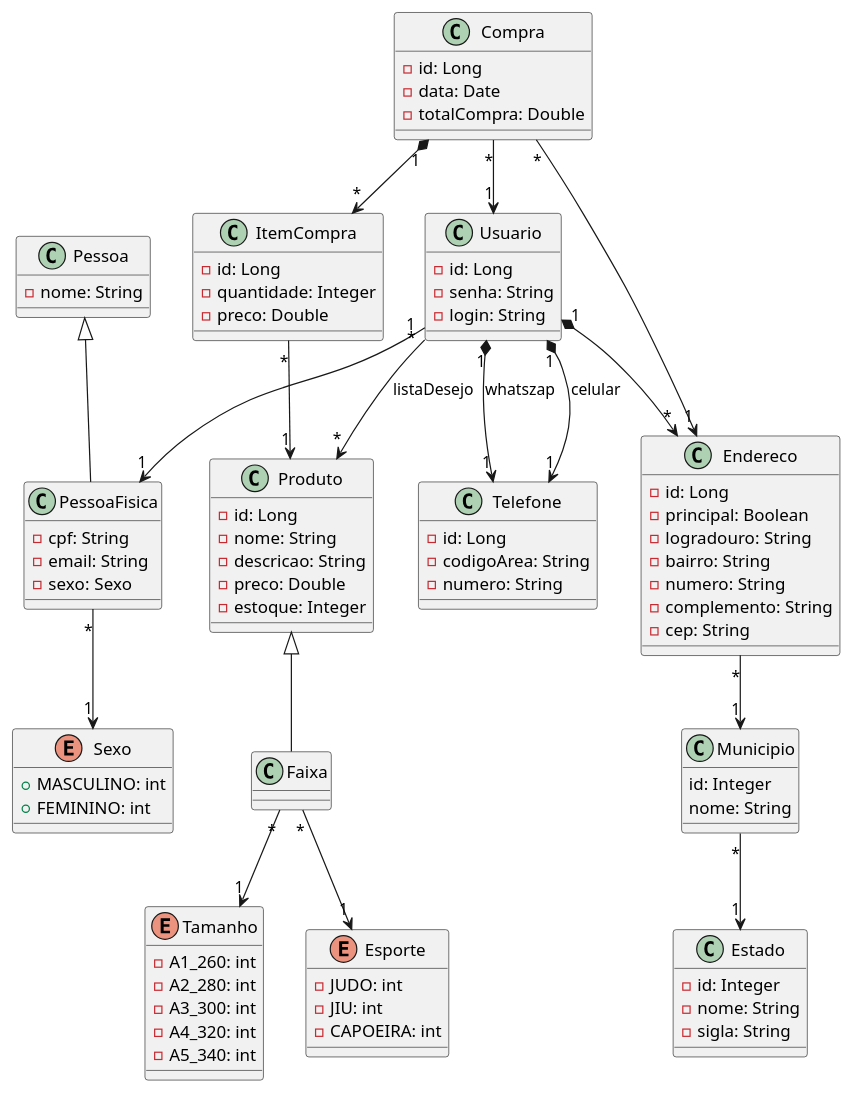
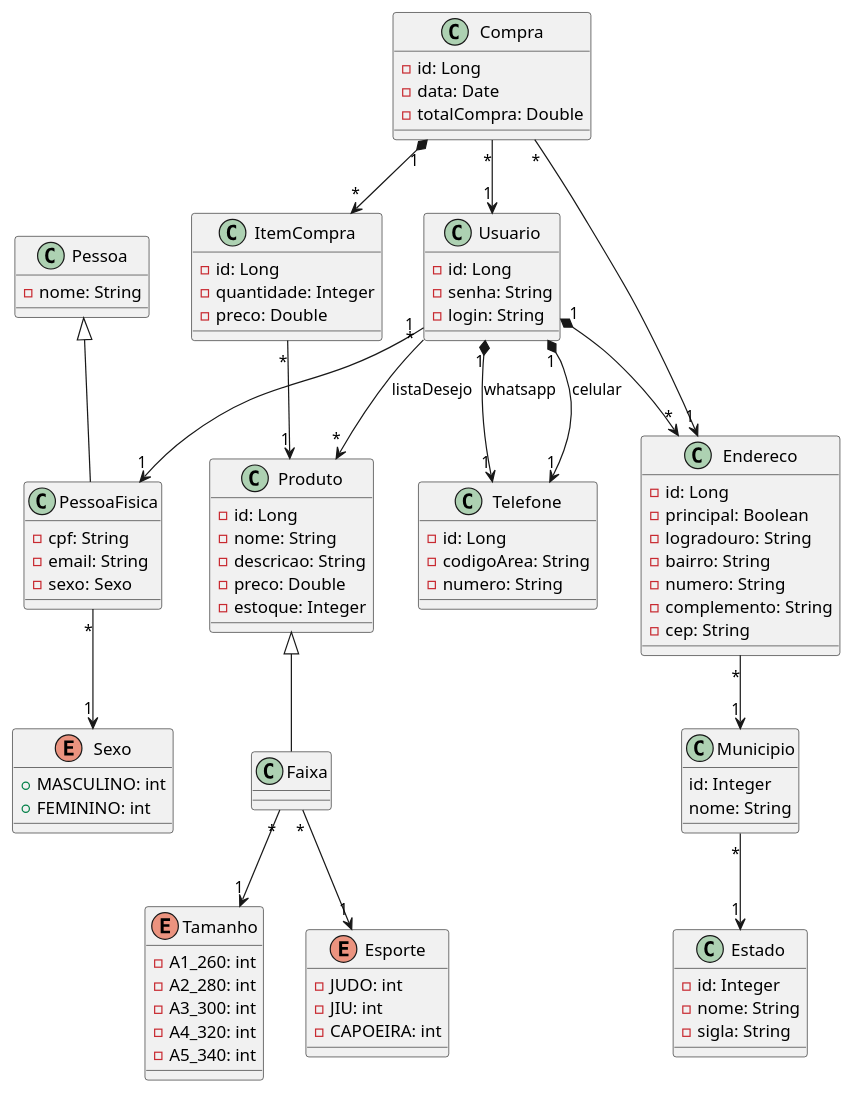
The diagram in src/main/resources/doc/diagrama.plantuml (JpBllack/ExemploProfessor), drawn with PlantUML before and after one commit. The commit also changed 10 other files, not shown here.

```diff
--- a/src/main/resources/doc/diagrama.plantuml
+++ b/src/main/resources/doc/diagrama.plantuml
@@ -1,116 +1,116 @@
 @startuml
 
     class Produto {
        - id: Long
        - nome: String
        - descricao: String
        - preco: Double
        - estoque: Integer
     }
 
     class Faixa {
 
 
     }
 
     enum Esporte {
         - JUDO: int
         - JIU: int 
         - CAPOEIRA: int
     }
 
     enum Tamanho {
         - A1_260: int
         - A2_280: int 
         - A3_300: int
         - A4_320: int 
         - A5_340: int
     }
 
     class Usuario {
         - id: Long
         - senha: String 
         - login: String 
     }
 
     class Telefone {
         - id: Long
         - codigoArea: String
         - numero: String
     }
 
     class Compra {
         - id: Long
         - data: Date
         - totalCompra: Double
     }
 
     class ItemCompra {
         - id: Long
         - quantidade: Integer
         - preco: Double
     }
 
     class Endereco {
         - id: Long
         - principal: Boolean
         - logradouro: String
         - bairro: String 
         - numero: String 
         - complemento: String
         - cep: String 
     }
 
     class Municipio {
         id: Integer
         nome: String
     }
 
     class Estado {
         - id: Integer
         - nome: String
         - sigla: String
     }
 
     class Pessoa {
         - nome: String
     }
 
     class PessoaFisica {
         - cpf: String
         - email: String
         - sexo: Sexo
     }
 
     enum Sexo {
         + MASCULINO: int
         + FEMININO: int
     }
 
     Faixa  -up-|> Produto
 
     Faixa "*" --> "1" Tamanho
     Faixa "*" --> "1" Esporte
 
     PessoaFisica -up-|> Pessoa
     Usuario "1" --> "1" PessoaFisica
 
     Usuario "*" --> "*" Produto: listaDesejo
     Usuario "1" *--> "1" Telefone: celular
-    Usuario "1" *--> "1" Telefone: whatszap
+    Usuario "1" *--> "1" Telefone: whatsapp
     Usuario "1" *--> "*" Endereco
 
     Compra "1" *--> "*" ItemCompra
     Compra "*" --> "1" Usuario
     Compra "*"  --> "1" Endereco
 
     ItemCompra "*" --> "1" Produto
 
     Endereco "*" --> "1" Municipio
     
     Municipio "*" --> "1" Estado
 
     PessoaFisica "*" --> "1" Sexo
 
 
 @enduml
```
